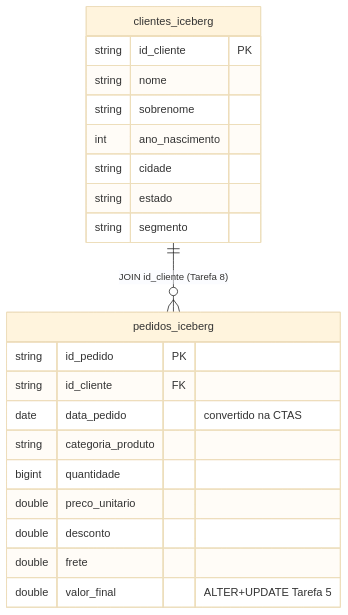
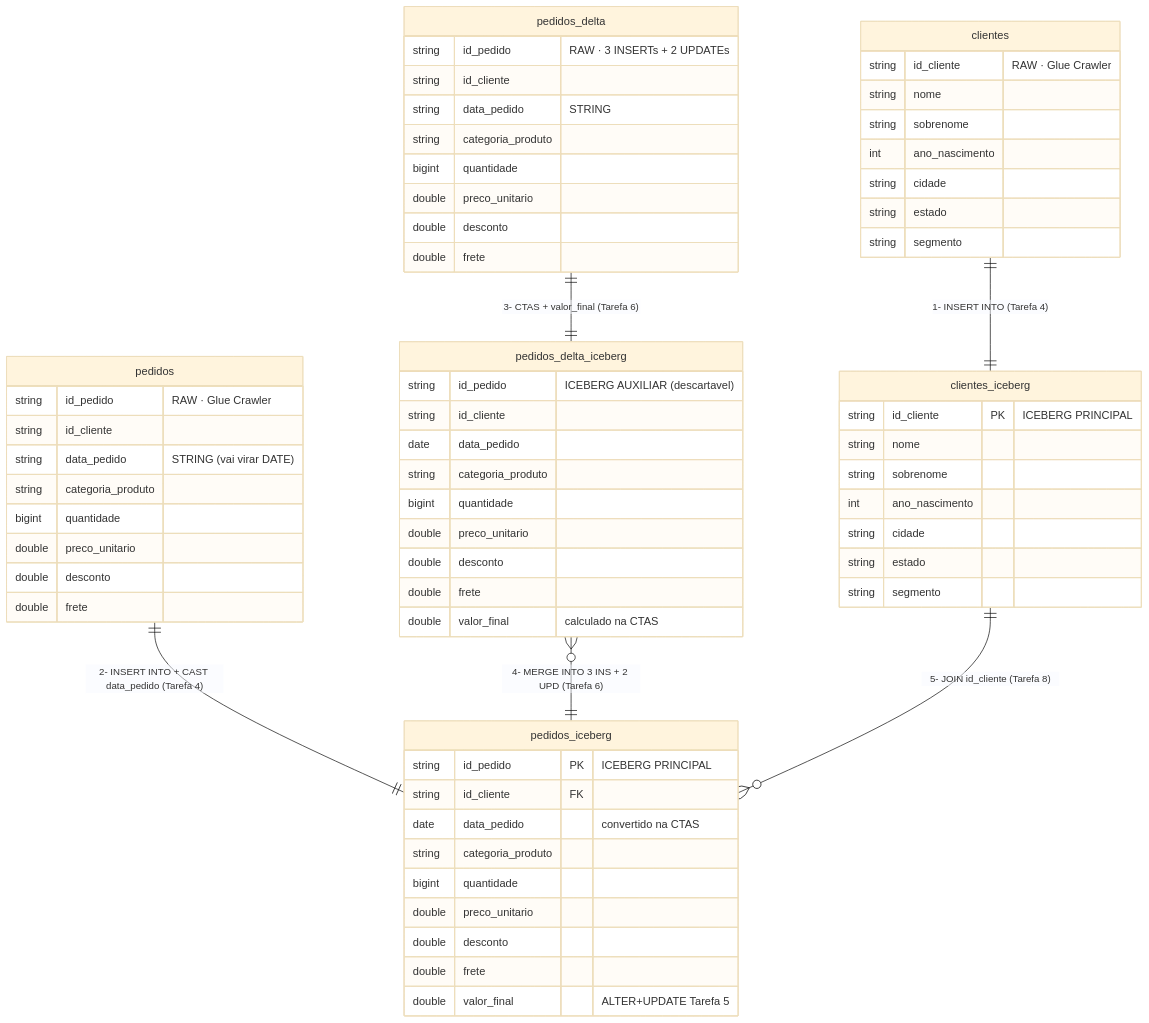
Before and after one commit to GahRizzo/FIAP-Data-Warehouse-Lakehouse-e-Data-Mesh: the second of 3 diagrams in 04-Trabalho-Final/README.md, drawn with Mermaid (base theme). The commit also changed other lines of this file, not shown here.

Commit message:
docs(trabalho-final): ER agora mostra as 6 tabelas com categoria e ordem de execucao
Antes: ER reduzido a 2 tabelas (clientes_iceberg + pedidos_iceberg).
Aluno perdia visibilidade das raws e da auxiliar — ficava parecendo
que so existiam 2 tabelas.

Agora: 6 tabelas no ER, cada uma com a categoria na primeira descricao
(RAW / ICEBERG PRINCIPAL / ICEBERG AUXILIAR — bate com cores do
flowchart acima). Relacionamentos numerados de 1 a 5 na ordem de
execucao (INSERT INTO -> CTAS -> MERGE INTO -> JOIN final).

Resultado: aluno tem visao macro (flowchart com 3 grupos coloridos) +
visao detalhada (ER com schema completo de cada tabela e fluxo
cronologico).

````diff
--- a/04-Trabalho-Final/README.md
+++ b/04-Trabalho-Final/README.md
@@ -115,24 +115,70 @@
 ```mermaid
 erDiagram
+    clientes {
+        string id_cliente "RAW · Glue Crawler"
+        string nome
+        string sobrenome
+        int ano_nascimento
+        string cidade
+        string estado
+        string segmento
+    }
+    pedidos {
+        string id_pedido "RAW · Glue Crawler"
+        string id_cliente
+        string data_pedido "STRING (vai virar DATE)"
+        string categoria_produto
+        bigint quantidade
+        double preco_unitario
+        double desconto
+        double frete
+    }
+    pedidos_delta {
+        string id_pedido "RAW · 3 INSERTs + 2 UPDATEs"
+        string id_cliente
+        string data_pedido "STRING"
+        string categoria_produto
+        bigint quantidade
+        double preco_unitario
+        double desconto
+        double frete
+    }
+
     clientes_iceberg {
-        string id_cliente PK
+        string id_cliente PK "ICEBERG PRINCIPAL"
         string nome
         string sobrenome
         int ano_nascimento
         string cidade
         string estado
         string segmento
     }
     pedidos_iceberg {
-        string id_pedido PK
+        string id_pedido PK "ICEBERG PRINCIPAL"
         string id_cliente FK
         date data_pedido "convertido na CTAS"
         string categoria_produto
         bigint quantidade
         double preco_unitario
         double desconto
         double frete
         double valor_final "ALTER+UPDATE Tarefa 5"
     }
-    clientes_iceberg ||--o{ pedidos_iceberg : "JOIN id_cliente (Tarefa 8)"
+    pedidos_delta_iceberg {
+        string id_pedido "ICEBERG AUXILIAR (descartavel)"
+        string id_cliente
+        date data_pedido
+        string categoria_produto
+        bigint quantidade
+        double preco_unitario
+        double desconto
+        double frete
+        double valor_final "calculado na CTAS"
+    }
+
+    clientes ||--|| clientes_iceberg : "1- INSERT INTO (Tarefa 4)"
+    pedidos ||--|| pedidos_iceberg : "2- INSERT INTO + CAST data_pedido (Tarefa 4)"
+    pedidos_delta ||--|| pedidos_delta_iceberg : "3- CTAS + valor_final (Tarefa 6)"
+    pedidos_delta_iceberg }o--|| pedidos_iceberg : "4- MERGE INTO 3 INS + 2 UPD (Tarefa 6)"
+    clientes_iceberg ||--o{ pedidos_iceberg : "5- JOIN id_cliente (Tarefa 8)"
 ```
````
